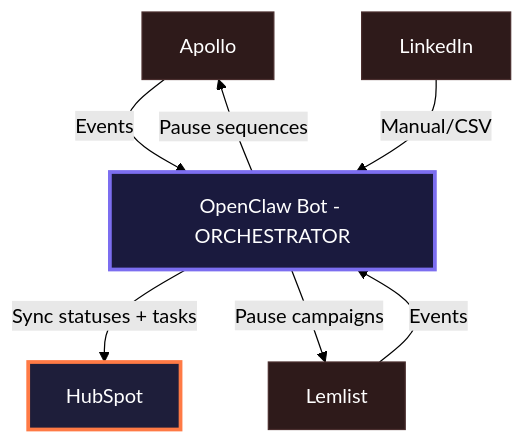
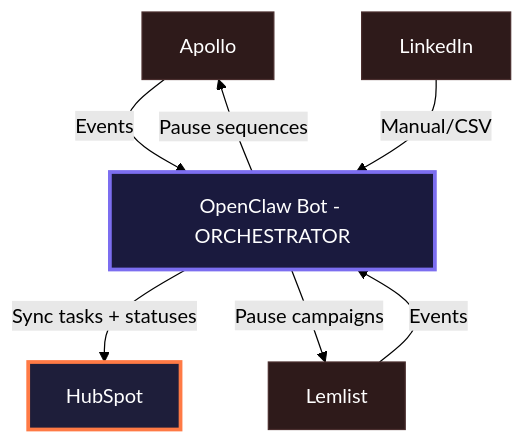
The fourth of 11 diagrams in Kernelics email outreaching automation/architecture.md (Artemponomarev/ai-agent-guides), drawn with Mermaid (forest theme) before and after one commit. The commit also changed other lines of this file, not shown here.

````diff
--- a/Kernelics email outreaching automation/architecture.md
+++ b/Kernelics email outreaching automation/architecture.md
@@ -51,16 +51,16 @@
 ```mermaid
 flowchart TD
     AS[Apollo] -->|Events| OC
     LM[Lemlist] -->|Events| OC
     LO[LinkedIn] -->|Manual/CSV| OC
     OC[OpenClaw Bot - ORCHESTRATOR]
-    OC -->|Sync statuses + tasks| HS[HubSpot]
+    OC -->|Sync tasks + statuses| HS[HubSpot]
     OC -->|Pause sequences| AS
     OC -->|Pause campaigns| LM
 
     style OC fill:#1a1a3e,stroke:#7c6ef0,stroke-width:3px,color:#fff
     style HS fill:#1e1e3a,stroke:#ff7a45,stroke-width:3px,color:#fff
     style AS fill:#2e1a1a,stroke:#4a2e2e,color:#fff
     style LM fill:#2e1a1a,stroke:#4a2e2e,color:#fff
     style LO fill:#2e1a1a,stroke:#4a2e2e,color:#fff
 ```
````
